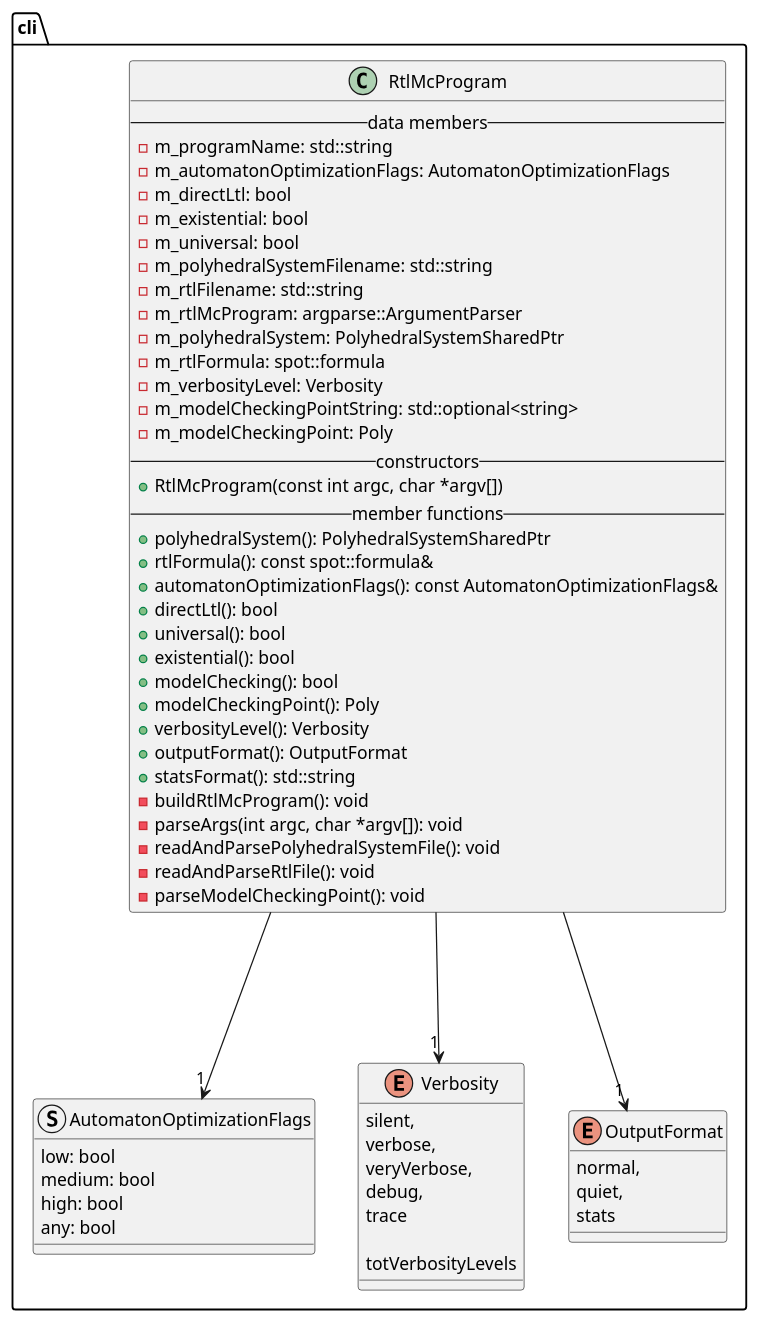
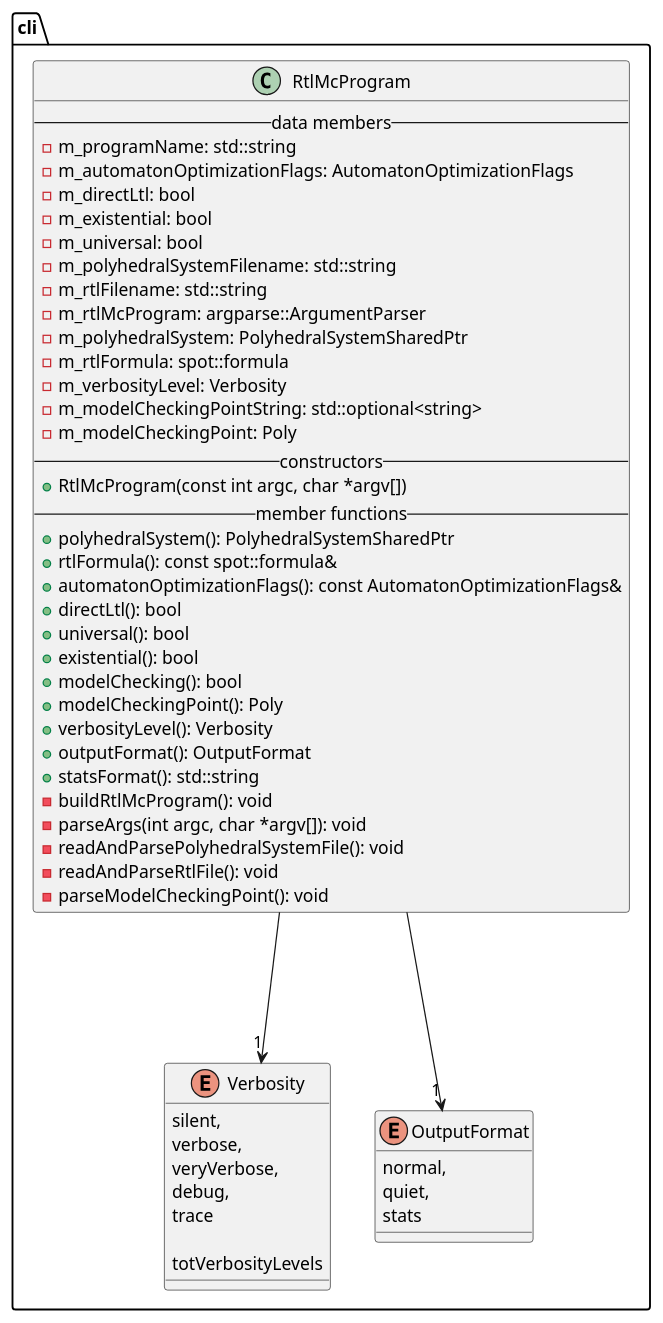
One commit to vtramo/rtl-mc changed the diagram in docs/plantuml/cli.puml. Above: the diagram before and after it, drawn with PlantUML. The commit also changed 9 other files, not shown here.

Commit message:
refactor(automata): extract AutomatonOptimizationLevel enum

```diff
--- a/docs/plantuml/cli.puml
+++ b/docs/plantuml/cli.puml
@@ -1,68 +1,60 @@
 @startuml
 
 package cli {
     class RtlMcProgram {
         --data members--
         -m_programName: std::string
         -m_automatonOptimizationFlags: AutomatonOptimizationFlags
         -m_directLtl: bool
         -m_existential: bool
         -m_universal: bool
         -m_polyhedralSystemFilename: std::string
         -m_rtlFilename: std::string
         -m_rtlMcProgram: argparse::ArgumentParser
         -m_polyhedralSystem: PolyhedralSystemSharedPtr
         -m_rtlFormula: spot::formula
         -m_verbosityLevel: Verbosity
         -m_modelCheckingPointString: std::optional<string>
         -m_modelCheckingPoint: Poly
         --constructors--
         +RtlMcProgram(const int argc, char *argv[])
         --member functions--
         +polyhedralSystem(): PolyhedralSystemSharedPtr
         +rtlFormula(): const spot::formula&
         +automatonOptimizationFlags(): const AutomatonOptimizationFlags&
         +directLtl(): bool
         +universal(): bool
         +existential(): bool
         +modelChecking(): bool
         +modelCheckingPoint(): Poly
         +verbosityLevel(): Verbosity
         +outputFormat(): OutputFormat
         +statsFormat(): std::string
         -buildRtlMcProgram(): void
         -parseArgs(int argc, char *argv[]): void
         -readAndParsePolyhedralSystemFile(): void
         -readAndParseRtlFile(): void
         -parseModelCheckingPoint(): void
     }
 
-    struct AutomatonOptimizationFlags {
-        low: bool
-        medium: bool
-        high: bool
-        any: bool
-    }
-
     enum Verbosity {
         silent,
         verbose,
         veryVerbose,
         debug,
         trace
 
         totVerbosityLevels
     }
 
     enum OutputFormat {
         normal,
         quiet,
         stats
     }
 }
 
-RtlMcProgram ---> "1" AutomatonOptimizationFlags
 RtlMcProgram ---> "1" Verbosity
 RtlMcProgram ---> "1" OutputFormat
 
 @enduml
```
